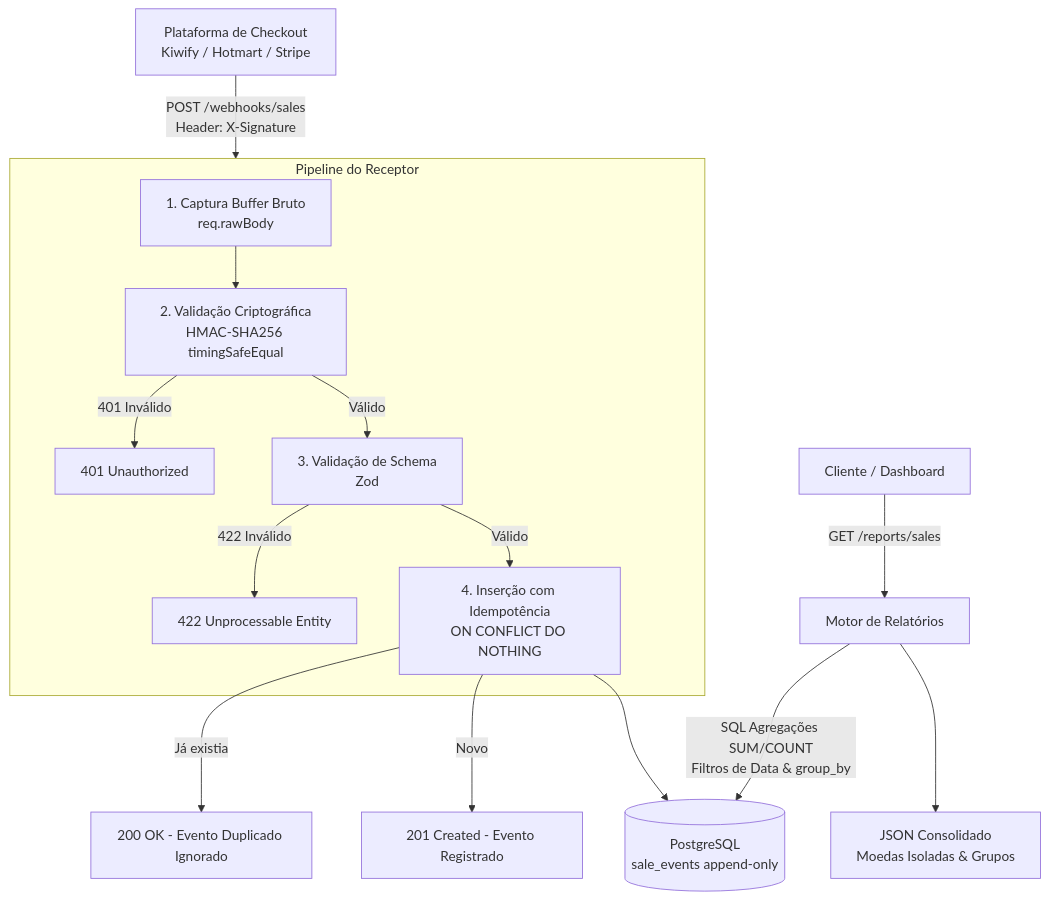
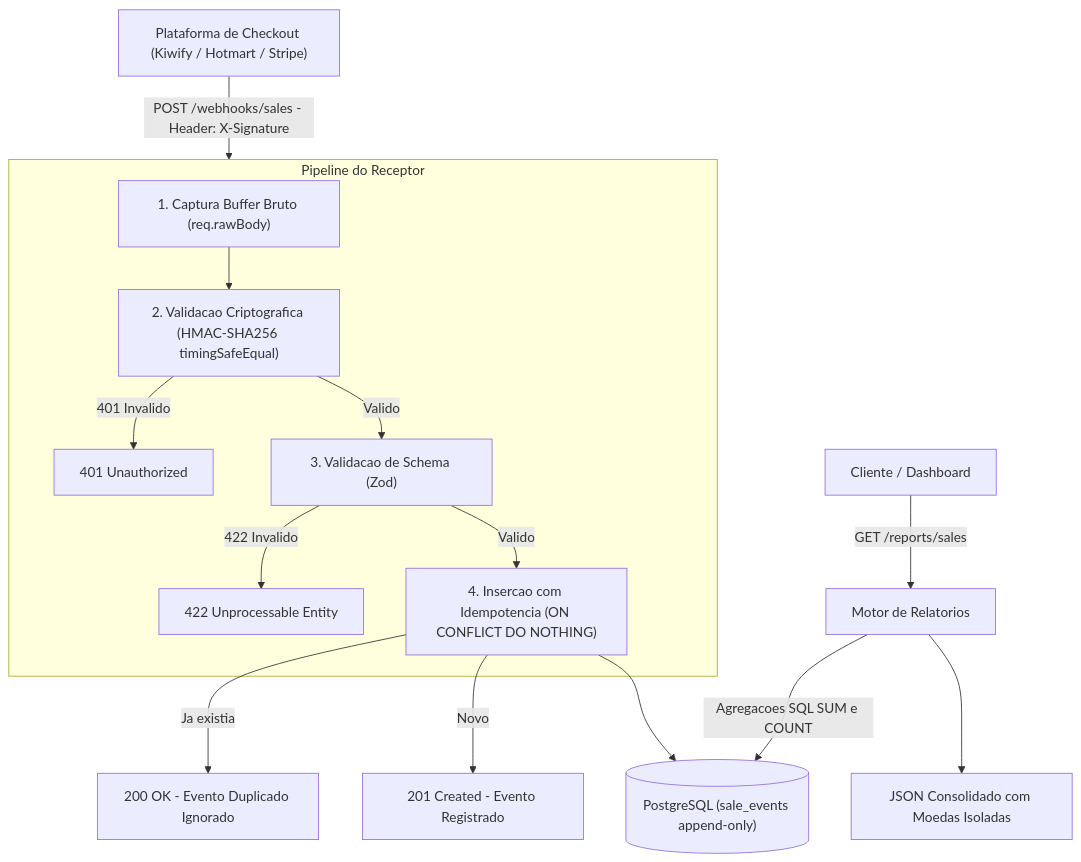
Before and after one commit to JoaoPedroDutraCoutinho/twr-postbacks: the diagram in README.md, drawn with Mermaid. The commit also changed other lines of this file and 13 other files, not shown here.

````diff
--- a/README.md
+++ b/README.md
@@ -31,21 +31,21 @@
 ```mermaid
 flowchart TD
-    Platform[Plataforma de Checkout\nKiwify / Hotmart / Stripe] -->|POST /webhooks/sales\nHeader: X-Signature| Receptor[Fastify App]
+    Platform["Plataforma de Checkout (Kiwify / Hotmart / Stripe)"] -->|POST /webhooks/sales - Header: X-Signature| Receptor[Fastify App]
     
     subgraph Receptor [Pipeline do Receptor]
-        RawCapture[1. Captura Buffer Bruto\nreq.rawBody] --> HMAC[2. Validação Criptográfica\nHMAC-SHA256 timingSafeEqual]
-        HMAC -->|401 Inválido| RejectAuth[401 Unauthorized]
-        HMAC -->|Válido| ZodVal[3. Validação de Schema\nZod]
-        ZodVal -->|422 Inválido| RejectSchema[422 Unprocessable Entity]
-        ZodVal -->|Válido| DBInsert[4. Inserção com Idempotência\nON CONFLICT DO NOTHING]
+        RawCapture["1. Captura Buffer Bruto (req.rawBody)"] --> HMAC["2. Validacao Criptografica (HMAC-SHA256 timingSafeEqual)"]
+        HMAC -->|401 Invalido| RejectAuth[401 Unauthorized]
+        HMAC -->|Valido| ZodVal["3. Validacao de Schema (Zod)"]
+        ZodVal -->|422 Invalido| RejectSchema[422 Unprocessable Entity]
+        ZodVal -->|Valido| DBInsert["4. Insercao com Idempotencia (ON CONFLICT DO NOTHING)"]
     end
 
-    DBInsert -->|Já existia| DupResp[200 OK - Evento Duplicado Ignorado]
+    DBInsert -->|Ja existia| DupResp[200 OK - Evento Duplicado Ignorado]
     DBInsert -->|Novo| NewResp[201 Created - Evento Registrado]
     
-    DBInsert --> Postgres[(PostgreSQL\nsale_events append-only)]
+    DBInsert --> Postgres[("PostgreSQL (sale_events append-only)")]
     
-    Client[Cliente / Dashboard] -->|GET /reports/sales| ReportAPI[Motor de Relatórios]
-    ReportAPI -->|SQL Agregações SUM/COUNT\nFiltros de Data & group_by| Postgres
-    ReportAPI --> Response[JSON Consolidado\nMoedas Isoladas & Grupos]
+    Client["Cliente / Dashboard"] -->|GET /reports/sales| ReportAPI[Motor de Relatorios]
+    ReportAPI -->|Agregacoes SQL SUM e COUNT| Postgres
+    ReportAPI --> Response[JSON Consolidado com Moedas Isoladas]
 ```
````
